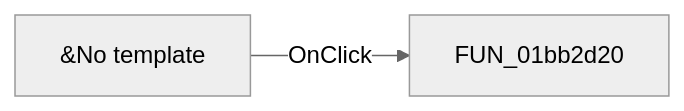
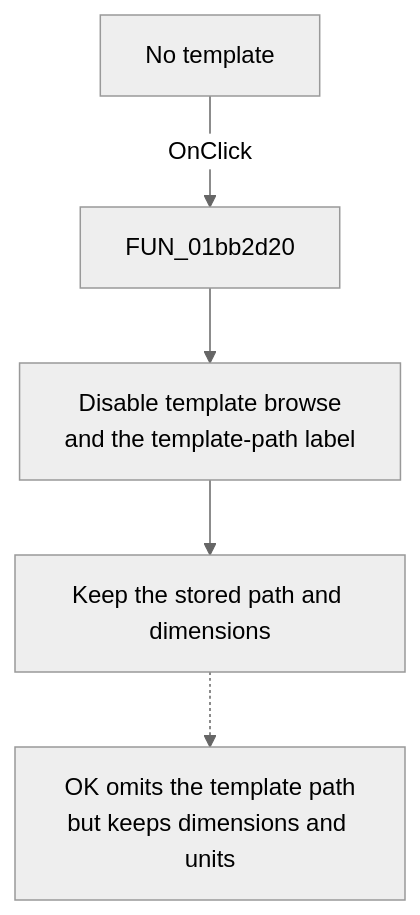
Before and after one commit to MovGP0/TIARA: the diagram in docs/ui-controls/pcbwizard/rbboardsize-b019300bae.md, drawn with Mermaid (neutral theme). The commit also changed other lines of this file and 1062 other files, not shown here.

````diff
--- a/docs/ui-controls/pcbwizard/rbboardsize-b019300bae.md
+++ b/docs/ui-controls/pcbwizard/rbboardsize-b019300bae.md
@@ -27,4 +31,7 @@
 ```mermaid
-flowchart LR
-    control["&No template"] -->|OnClick| handler["FUN_01bb2d20"]
+flowchart TD
+    control["No template"] -->|OnClick| handler["FUN_01bb2d20"]
+    handler --> disable["Disable template browse<br/>and the template-path label"]
+    disable --> retain["Keep the stored path and dimensions"]
+    retain -.-> accept["OK omits the template path<br/>but keeps dimensions and units"]
 ```
````
